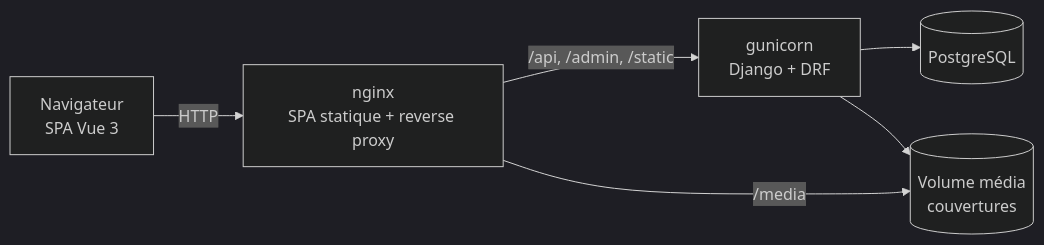
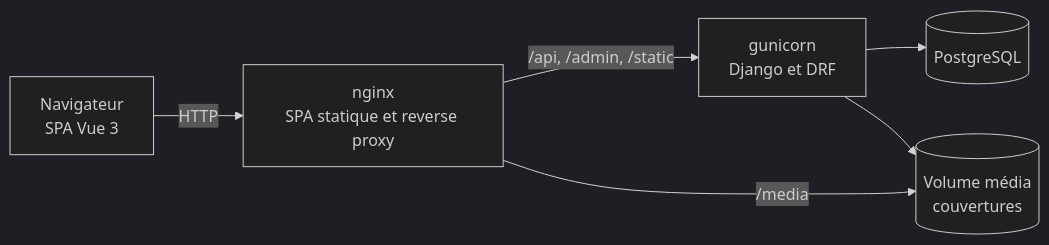
One commit to DogNellaf/verso-bookshop changed the diagram in README.fr.md. Above: the diagram before and after it, drawn with Mermaid (dark theme). The commit also changed other lines of this file and 23 other files, not shown here.

````diff
--- a/README.fr.md
+++ b/README.fr.md
@@ -140,8 +141,8 @@
 ```mermaid
 flowchart LR
-    U[Navigateur<br/>SPA Vue 3] -->|HTTP| N[nginx<br/>SPA statique + reverse proxy]
-    N -->|/api, /admin, /static| G[gunicorn<br/>Django + DRF]
+    U[Navigateur<br/>SPA Vue 3] -->|HTTP| N[nginx<br/>SPA statique et reverse proxy]
+    N -->|/api, /admin, /static| G[gunicorn<br/>Django et DRF]
     N -->|/media| M[(Volume média<br/>couvertures)]
     G --> P[(PostgreSQL)]
     G --> M
 ```
````
